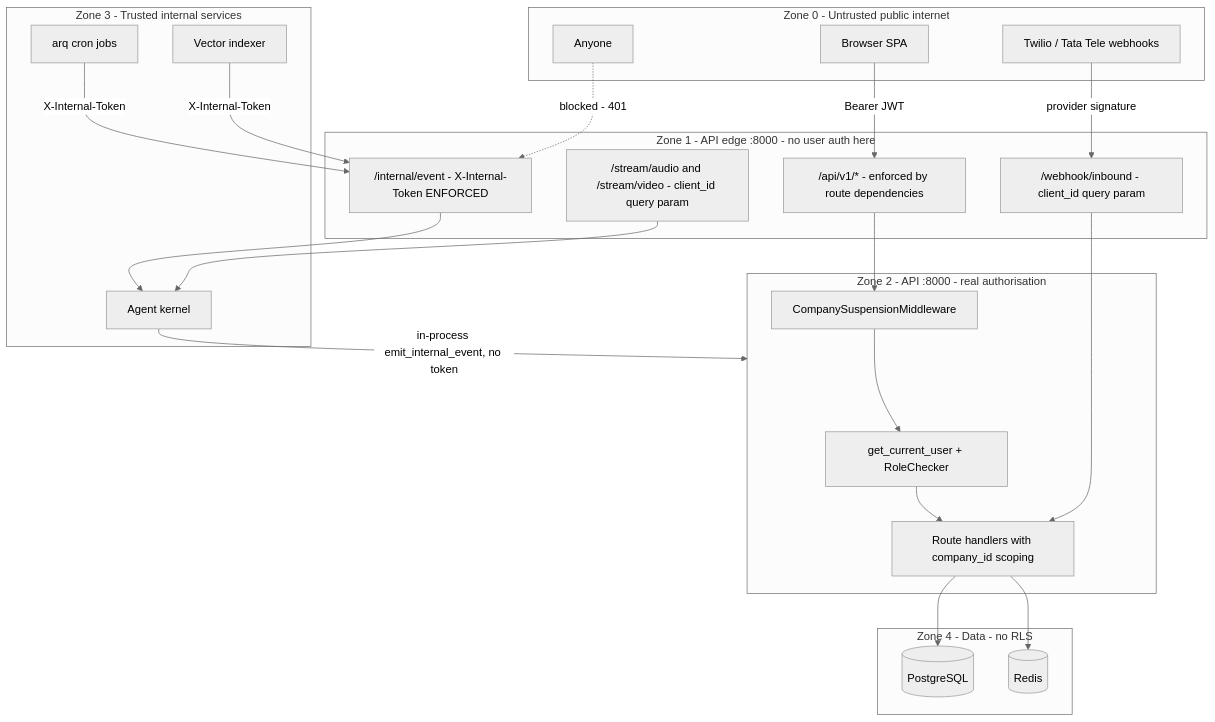
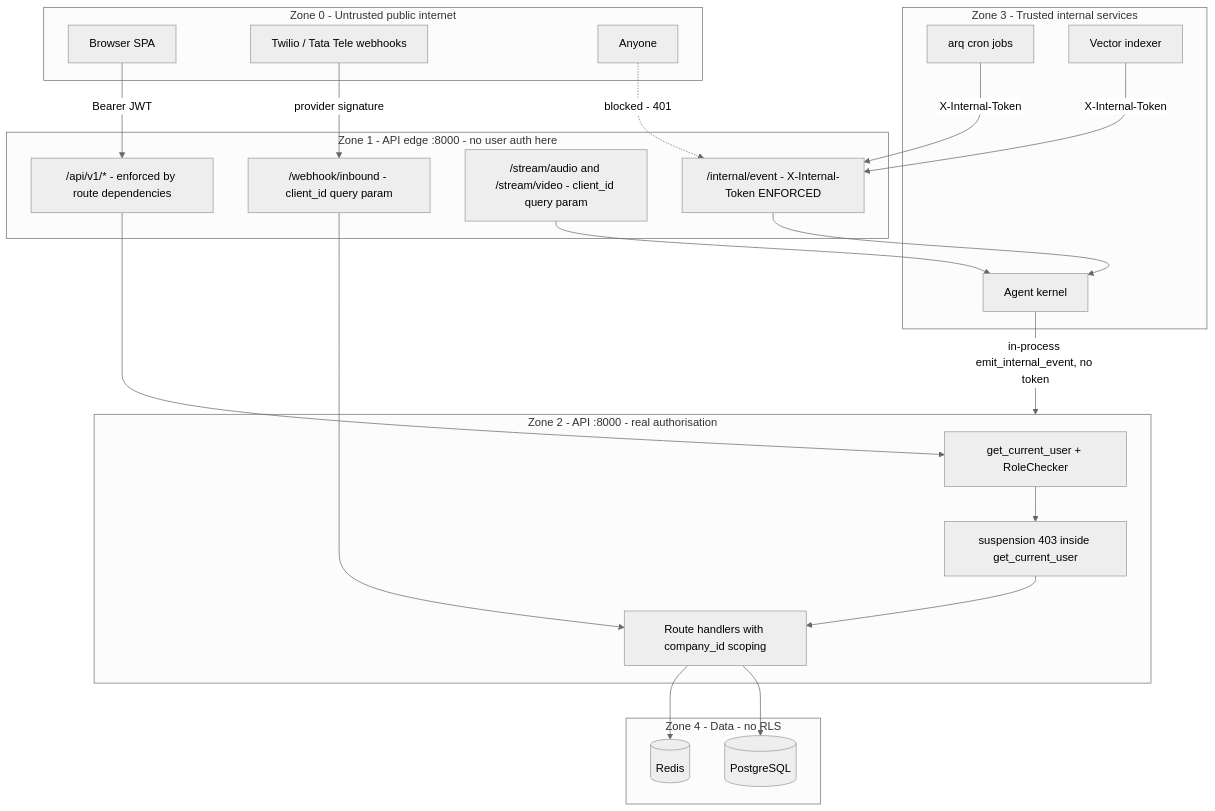
Before and after one commit to gondolerahul/hire-buddha-app: diagram 14 of 20 in docs/current/04-auth-rbac-tenancy.md, drawn with Mermaid (neutral theme). The commit also changed other lines of this file and 9 other files, not shown here.

````diff
--- a/docs/current/04-auth-rbac-tenancy.md
+++ b/docs/current/04-auth-rbac-tenancy.md
@@ -1067,45 +1037,45 @@
 ```mermaid
 graph TB
     subgraph UNTRUSTED["Zone 0 - Untrusted public internet"]
         BROWSER["Browser SPA"]
         TELCO["Twilio / Tata Tele webhooks"]
         ATTACKER["Anyone"]
     end
 
     subgraph EDGE["Zone 1 - API edge :8000 - no user auth here"]
         RESTP["/api/v1/* - enforced by route dependencies"]
         WH["/webhook/inbound - client_id query param"]
         STREAM["/stream/audio and /stream/video - client_id query param"]
         INTEP["/internal/event - X-Internal-Token ENFORCED"]
     end
 
     subgraph APP["Zone 2 - API :8000 - real authorisation"]
         DEPS["get_current_user + RoleChecker"]
-        SUSPM["CompanySuspensionMiddleware"]
+        SUSPM["suspension 403 inside get_current_user"]
         HANDLERS["Route handlers with company_id scoping"]
     end
 
     subgraph INTERNAL["Zone 3 - Trusted internal services"]
         CRON["arq cron jobs"]
         VDB["Vector indexer"]
         AGENTS["Agent kernel"]
     end
 
     subgraph DATA["Zone 4 - Data - no RLS"]
         PG[("PostgreSQL")]
         REDIS[("Redis")]
     end
 
     BROWSER -->|"Bearer JWT"| RESTP
     TELCO -->|"provider signature"| WH
     ATTACKER -.->|"blocked - 401"| INTEP
     CRON -->|"X-Internal-Token"| INTEP
     VDB -->|"X-Internal-Token"| INTEP
     AGENTS -->|"in-process emit_internal_event, no token"| APP
 
-    RESTP --> SUSPM --> DEPS --> HANDLERS --> PG
+    RESTP --> DEPS --> SUSPM --> HANDLERS --> PG
     INTEP --> AGENTS
     WH --> HANDLERS
     STREAM --> AGENTS
     HANDLERS --> REDIS
 ```
````
